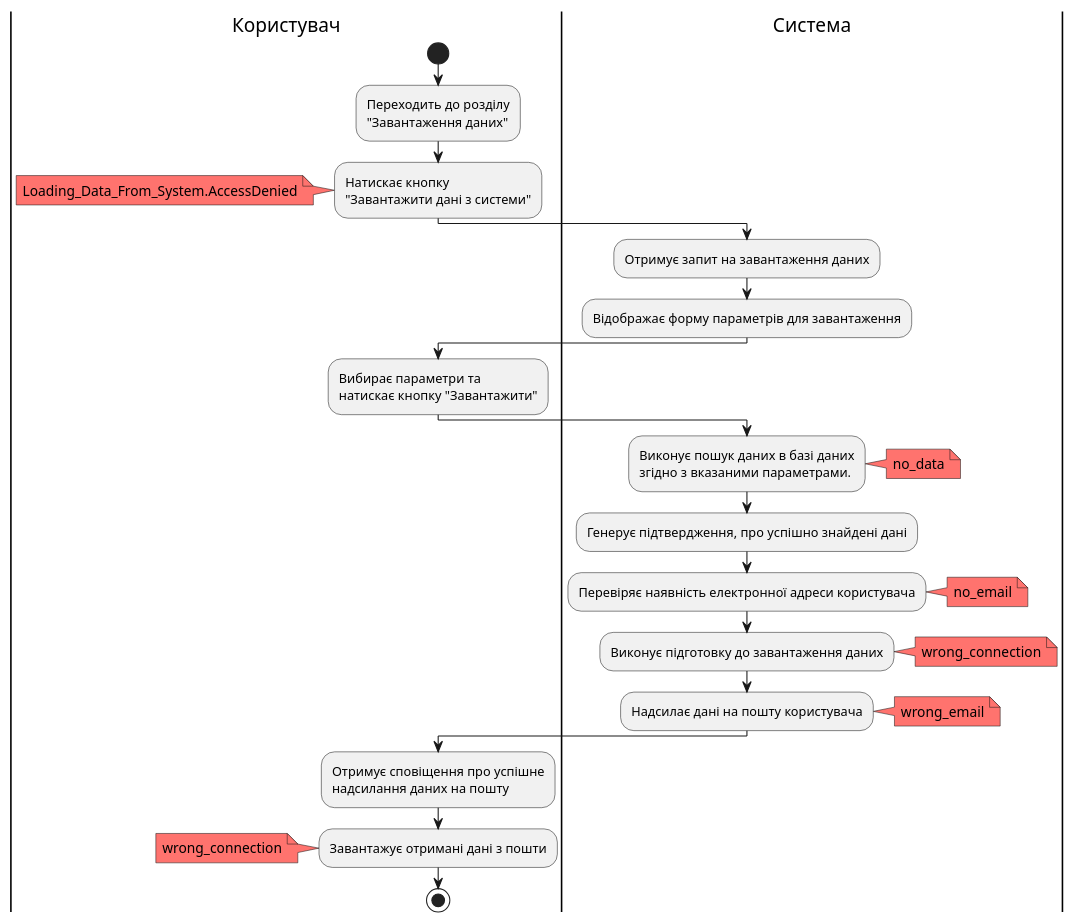
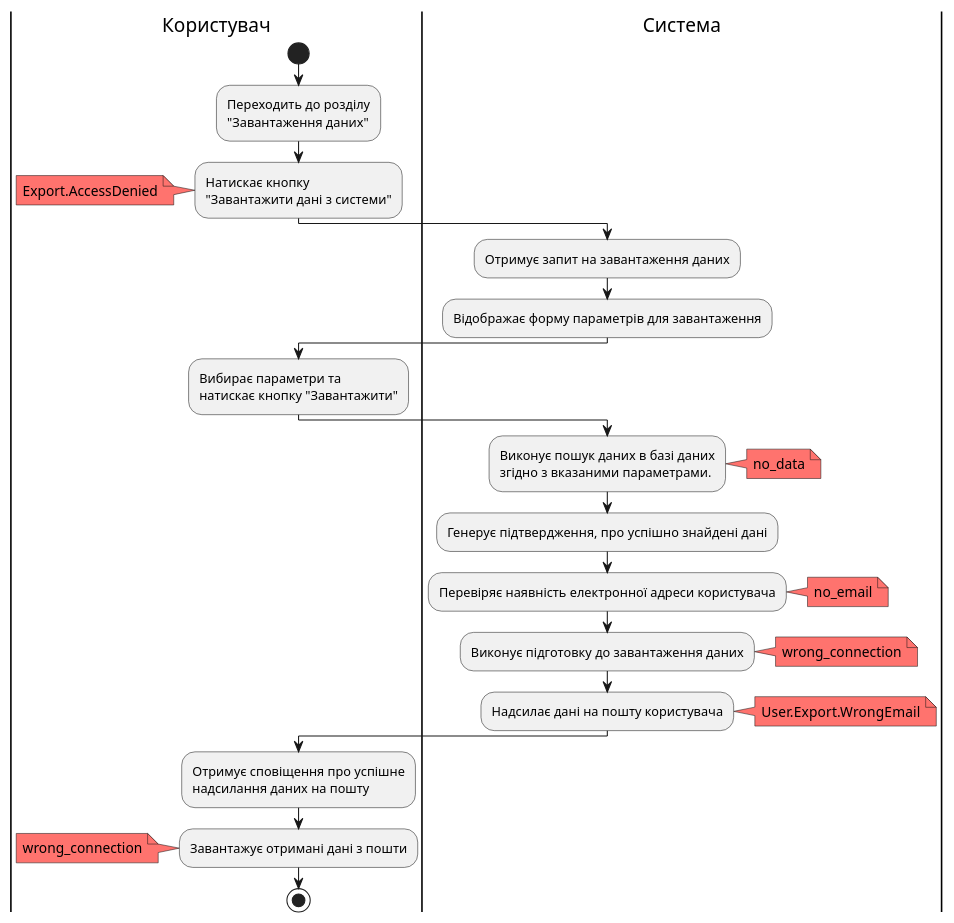
Before and after one commit to nonGratis/retarder-io-23-3-26: diagram 13 of 18 in docs/use cases/README.md, drawn with PlantUML. The commit also changed other lines of this file and 4 other files, not shown here.

```diff
--- a/docs/use cases/README.md
+++ b/docs/use cases/README.md
@@ -400,39 +405,39 @@
 @startuml
-|Користувач| 
+|Користувач|
     start
     :Переходить до розділу\n"Завантаження даних";
     :Натискає кнопку\n"Завантажити дані з системи";
         note left #FF736E
-            Loading_Data_From_System.AccessDenied
+            Export.AccessDenied
         end note
 |Система|
     :Отримує запит на завантаження даних;
     :Відображає форму параметрів для завантаження;
-|Користувач| 
+|Користувач|
     :Вибирає параметри та\nнатискає кнопку "Завантажити";
-|Система| 
+|Система|
     :Виконує пошук даних в базі даних\nзгідно з вказаними параметрами.;
         note right #FF736E
             no_data
         end note
     :Генерує підтвердження, про успішно знайдені дані;
     :Перевіряє наявність електронної адреси користувача;
         note right #FF736E
             no_email
         end note
     :Виконує підготовку до завантаження даних;
         note right #FF736E
             wrong_connection
         end note
     :Надсилає дані на пошту користувача;
         note right #FF736E
-            wrong_email
+            User.Export.WrongEmail
         end note
-|Користувач| 
+|Користувач|
     :Отримує сповіщення про успішне\nнадсилання даних на пошту;
     :Завантажує отримані дані з пошти;
         note left #FF736E
             wrong_connection
         end note
     stop
 @enduml
```
